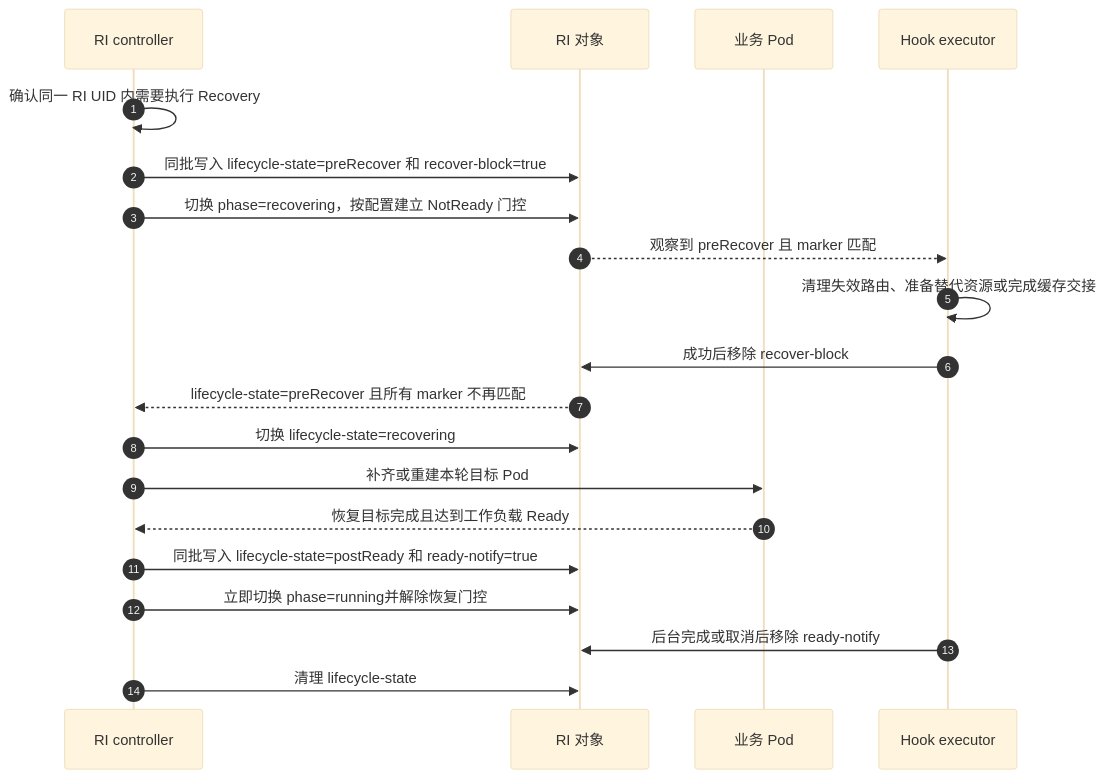
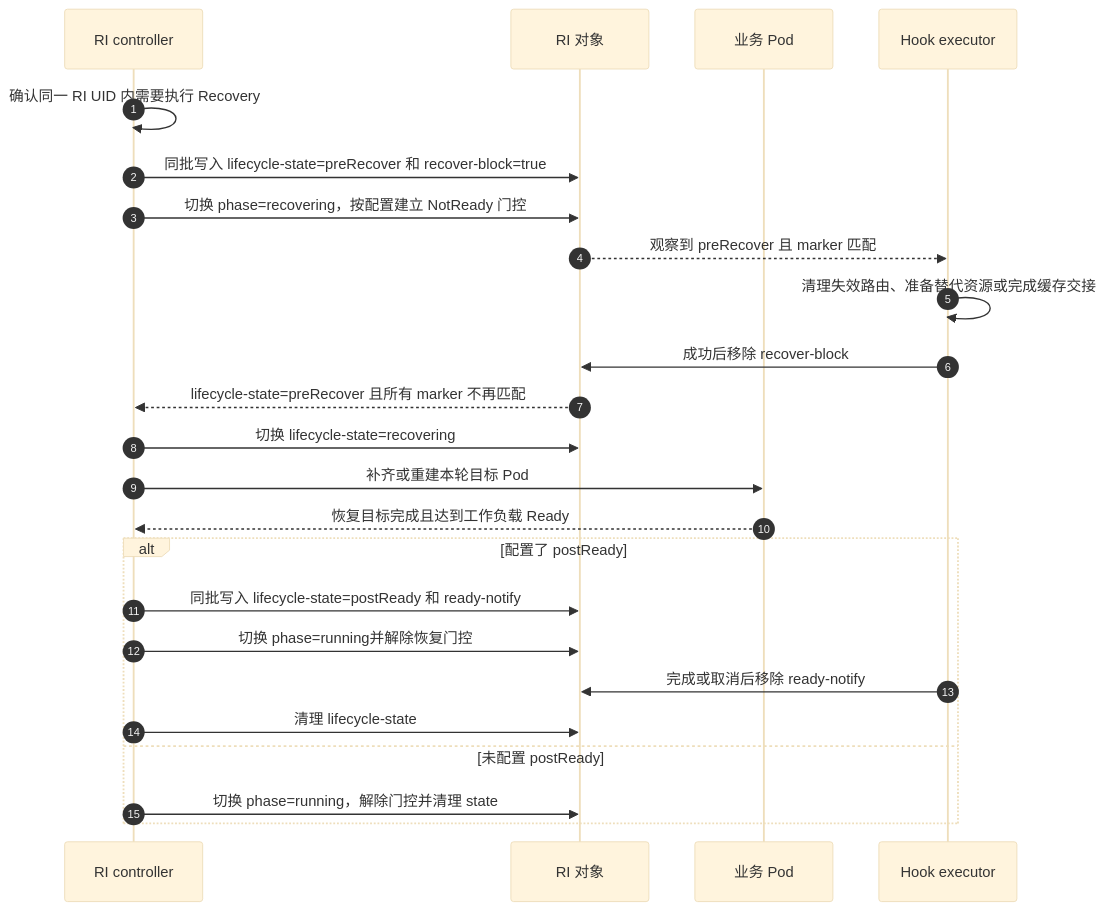
Before and after one commit to sgl-project/rbg: the second of 4 diagrams in keps/527-roleinstance-lifecycle/README.zh-CN.md, drawn with Mermaid (base theme). The commit also changed other lines of this file and 1 other file, not shown here.

````diff
--- a/keps/527-roleinstance-lifecycle/README.zh-CN.md
+++ b/keps/527-roleinstance-lifecycle/README.zh-CN.md
@@ -349,22 +355,26 @@
 ```mermaid
 sequenceDiagram
     autonumber
     participant C as RI controller
     participant R as RI 对象
     participant P as 业务 Pod
     participant E as Hook executor
     C->>C: 确认同一 RI UID 内需要执行 Recovery
     C->>R: 同批写入 lifecycle-state=preRecover 和 recover-block=true
     C->>R: 切换 phase=recovering，按配置建立 NotReady 门控
     R-->>E: 观察到 preRecover 且 marker 匹配
     E->>E: 清理失效路由、准备替代资源或完成缓存交接
     E->>R: 成功后移除 recover-block
     R-->>C: lifecycle-state=preRecover 且所有 marker 不再匹配
     C->>R: 切换 lifecycle-state=recovering
     C->>P: 补齐或重建本轮目标 Pod
     P-->>C: 恢复目标完成且达到工作负载 Ready
-    C->>R: 同批写入 lifecycle-state=postReady 和 ready-notify=true
-    C->>R: 立即切换 phase=running并解除恢复门控
-    E->>R: 后台完成或取消后移除 ready-notify
-    C->>R: 清理 lifecycle-state
+    alt 配置了 postReady
+        C->>R: 同批写入 lifecycle-state=postReady 和 ready-notify
+        C->>R: 切换 phase=running并解除恢复门控
+        E->>R: 完成或取消后移除 ready-notify
+        C->>R: 清理 lifecycle-state
+    else 未配置 postReady
+        C->>R: 切换 phase=running，解除门控并清理 state
+    end
 ```
````
